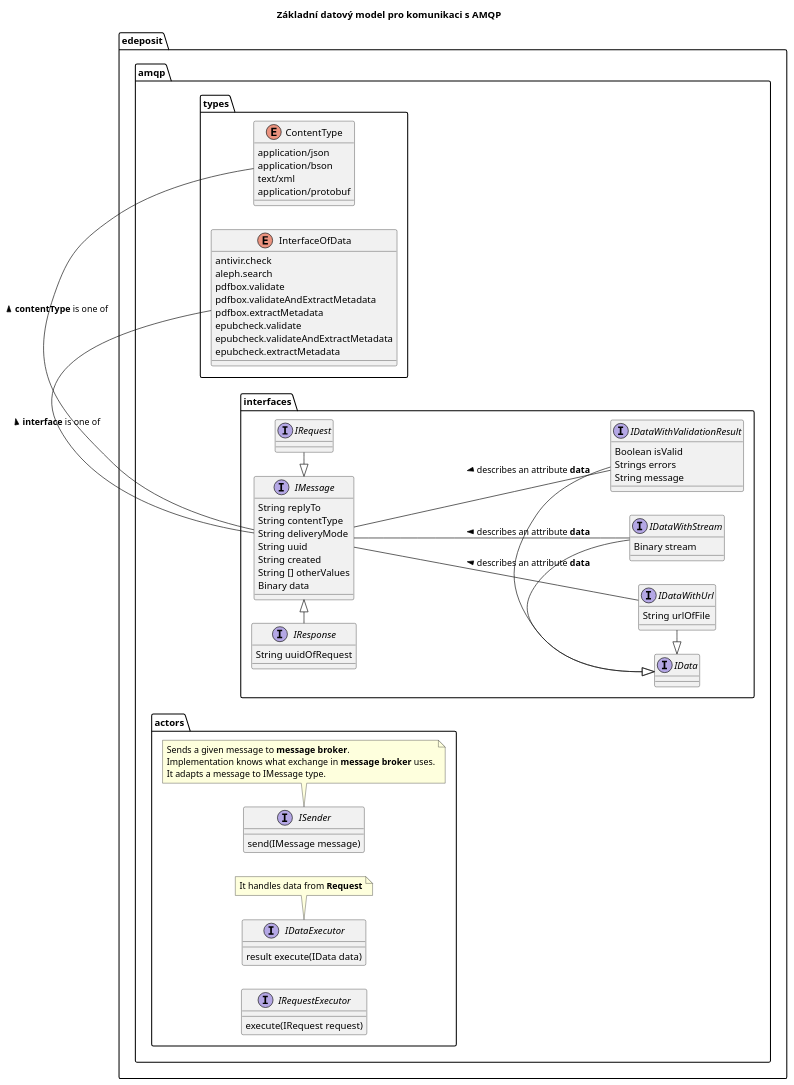
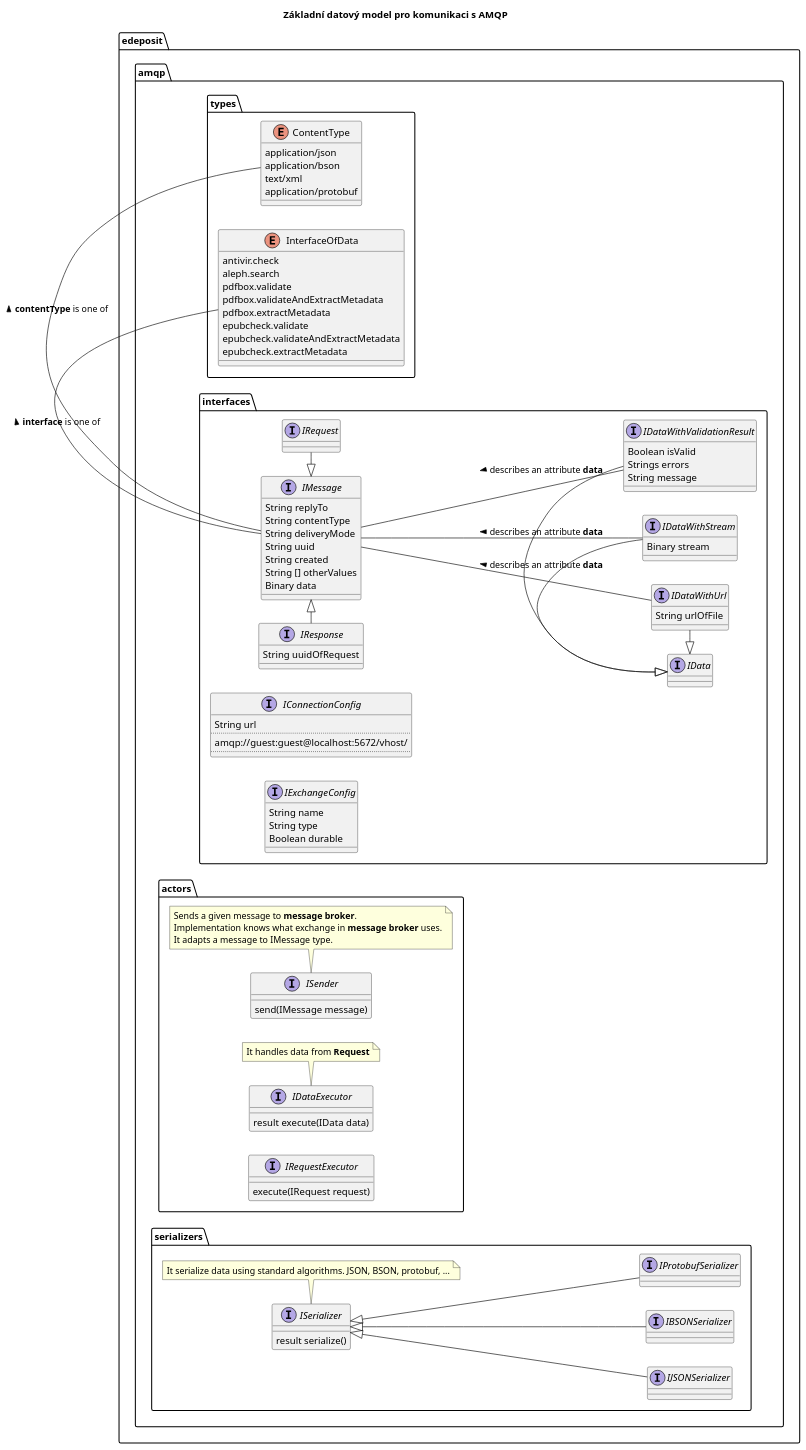
One commit to edeposit/edeposit changed the diagram in docs/middleware/dm00.plantuml. Above: the diagram before and after it, drawn with PlantUML. The commit also changed 1 other file, not shown here.

Commit message:
added serializer interface. jstavel/edeposit.amqp.aleph#2

```diff
--- a/docs/middleware/dm00.plantuml
+++ b/docs/middleware/dm00.plantuml
@@ -1,101 +1,136 @@
 @startuml
 skinparam componentStyle uml2
 left to right direction
 title Základní datový model pro komunikaci s AMQP
 
 package edeposit.amqp.types {
 enum ContentType {
      application/json
      application/bson
      text/xml
      application/protobuf
 }
 
 enum InterfaceOfData {
      antivir.check
      aleph.search
      pdfbox.validate
      pdfbox.validateAndExtractMetadata
      pdfbox.extractMetadata
      epubcheck.validate
      epubcheck.validateAndExtractMetadata
      epubcheck.extractMetadata
 }
 }
 
 
 package edeposit.amqp.interfaces {
+Interface IConnectionConfig {
+      String url
+      ..
+      amqp://guest:guest@localhost:5672/vhost/      
+      ..
+}
+
+Interface IExchangeConfig {
+      String name
+      String type
+      Boolean durable
+}
 
 Interface IMessage {
       String replyTo
       String contentType
       String deliveryMode
       String uuid
       String created
       String [] otherValues
       Binary data
 }
 
 interface IRequest {
 }
 
 interface IResponse {
       String uuidOfRequest
 }
 
 IMessage <|-right- IRequest
 IMessage <|-left- IResponse
         
         interface IData {
         }       
 
         interface IDataWithUrl {
               String urlOfFile
         }
 
         interface IDataWithStream {
               Binary stream
         }
 
         interface IDataWithValidationResult {
                   Boolean isValid
                   Strings errors
                   String message
         }
 
         IData <|-right- IDataWithUrl
         IData <|-right- IDataWithStream
         IData <|-right- IDataWithValidationResult
 }
 
 
 IMessage -- IDataWithUrl : < describes an attribute <b>data</b>
 IMessage -- IDataWithStream : < describes an attribute <b>data</b>
 IMessage -left- ContentType : <b>contentType</b> is one of >
 IMessage -left- InterfaceOfData : <b>interface</b> is one of >
 
 IMessage -- IDataWithValidationResult : < describes an attribute <b>data</b>
 
 package edeposit.amqp.actors {
         interface ISender {
                 send(IMessage message)                            
         }
         note bottom
         Sends a given message to <b>message broker</b>. 
         Implementation knows what exchange in <b>message broker</b> uses.
         It adapts a message to IMessage type.
         end note
         
         interface IDataExecutor {
                   result execute(IData data)
         }
         note bottom
         It handles data from <b>Request</b>
         end note
 
         interface IRequestExecutor {
                   execute(IRequest request)                  
         }
 }
 
+package edeposit.amqp.serializers {
+        interface ISerializer {
+                  result serialize()
+        }
+        note bottom
+        It serialize data using standard algorithms. JSON, BSON, protobuf, ...
+        end note
+
+        interface IJSONSerializer {
+        }       
+
+        interface IBSONSerializer {
+        }       
+
+        interface IProtobufSerializer {
+        }       
+        
+        ISerializer <|-- IJSONSerializer
+        ISerializer <|-- IBSONSerializer
+        ISerializer <|-- IProtobufSerializer
+}        
+        
+
 @enduml
```
